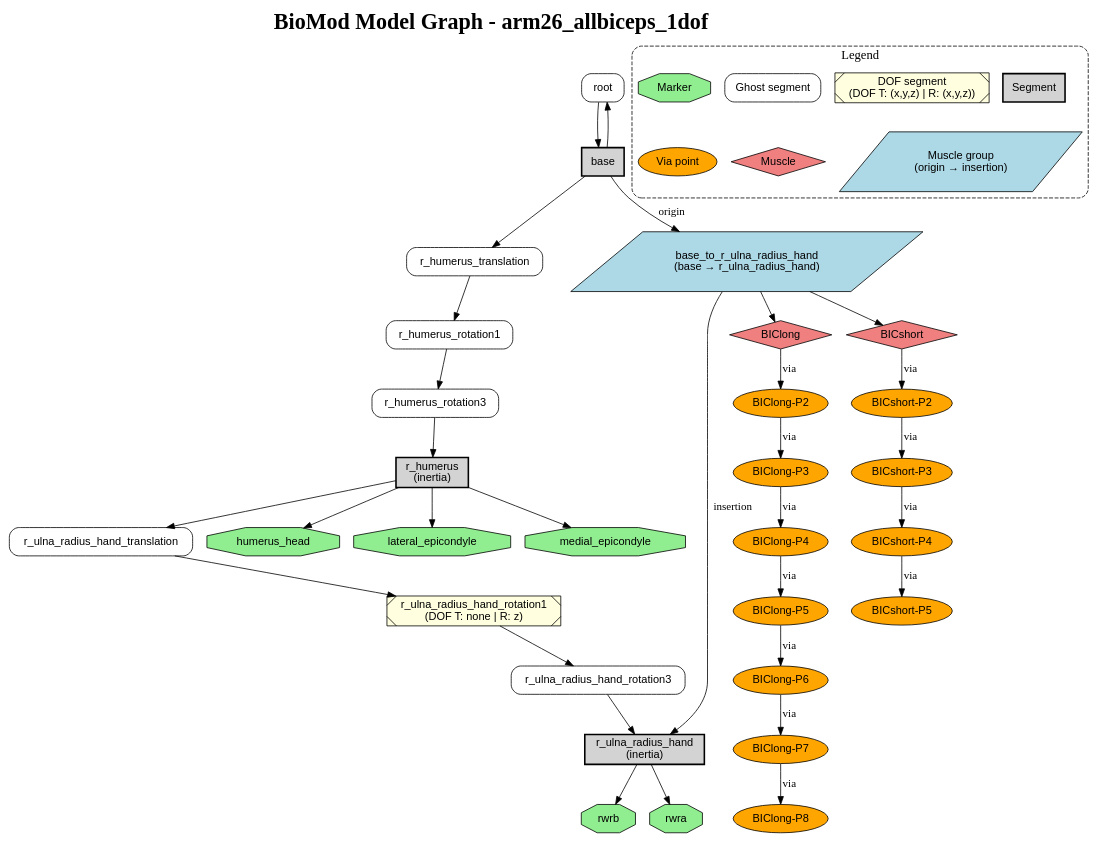
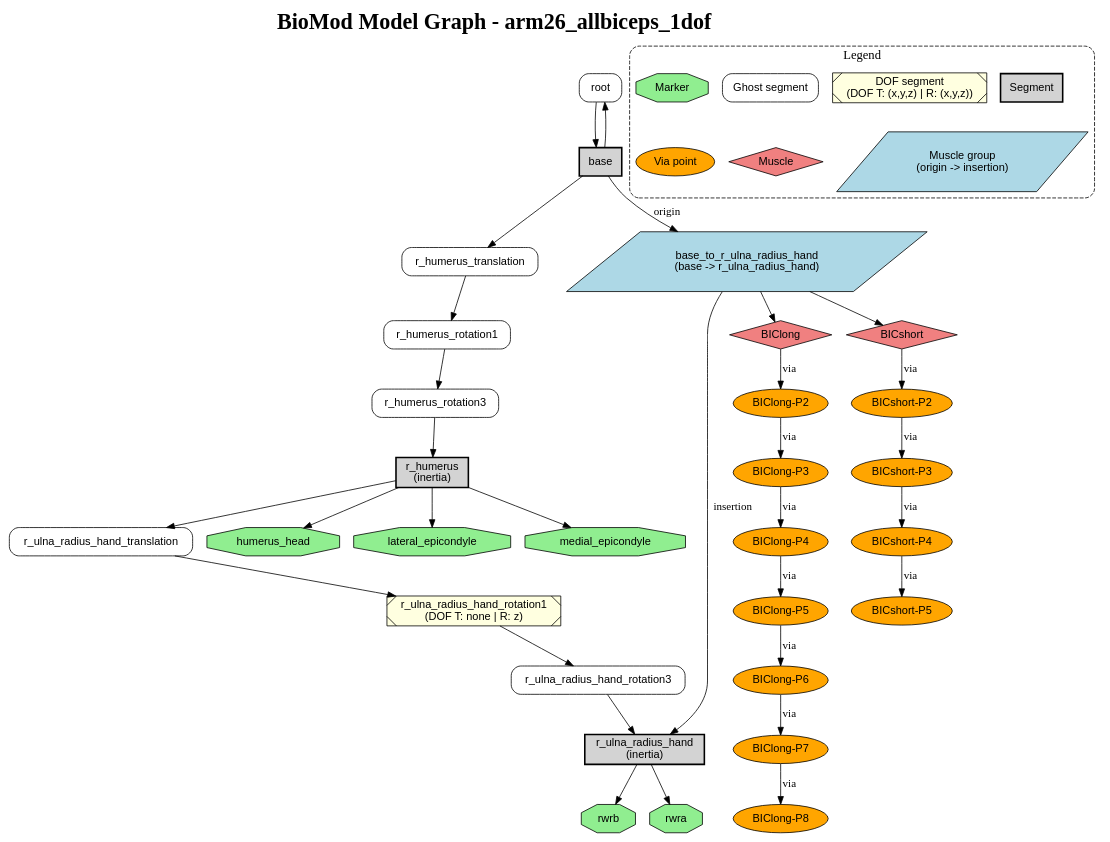
Before and after one commit to pyomeca/biobuddy: the diagram in examples/data/arm26_allbiceps_1dof_reference.dot, drawn with Graphviz.

Commit message:
update reference

```diff
--- a/examples/data/arm26_allbiceps_1dof_reference.dot
+++ b/examples/data/arm26_allbiceps_1dof_reference.dot
@@ -1,97 +1,97 @@
 digraph biomech {
   rankdir=TB;
   node [fontname="Helvetica"];
 
   labelloc="t";
   label=<<B><FONT POINT-SIZE="28">BioMod Model Graph - arm26_allbiceps_1dof</FONT></B>>;
 
   // Segments
   "root" [shape=box, style=rounded];
   "base" [shape=box, style="filled,bold", fillcolor=lightgray, label="base"];
   "r_humerus_translation" [shape=box, style=rounded];
   "r_humerus_rotation1" [shape=box, style=rounded];
   "r_humerus_rotation3" [shape=box, style=rounded];
   "r_humerus" [shape=box, style="filled,bold", fillcolor=lightgray, label="r_humerus\n(inertia)"];
   "r_ulna_radius_hand_translation" [shape=box, style=rounded];
   "r_ulna_radius_hand_rotation1" [shape=box, style="filled,diagonals", fillcolor=lightyellow, label="r_ulna_radius_hand_rotation1\n(DOF T: none | R: z)"];
   "r_ulna_radius_hand_rotation3" [shape=box, style=rounded];
   "r_ulna_radius_hand" [shape=box, style="filled,bold", fillcolor=lightgray, label="r_ulna_radius_hand\n(inertia)"];
 
   // Segment hierarchy
   "root" -> "base";
   "base" -> "root";
   "base" -> "r_humerus_translation";
   "r_humerus_translation" -> "r_humerus_rotation1";
   "r_humerus_rotation1" -> "r_humerus_rotation3";
   "r_humerus_rotation3" -> "r_humerus";
   "r_humerus" -> "r_ulna_radius_hand_translation";
   "r_ulna_radius_hand_translation" -> "r_ulna_radius_hand_rotation1";
   "r_ulna_radius_hand_rotation1" -> "r_ulna_radius_hand_rotation3";
   "r_ulna_radius_hand_rotation3" -> "r_ulna_radius_hand";
 
   // Markers
   "humerus_head" [shape=octagon, style=filled, fillcolor=lightgreen];
   "lateral_epicondyle" [shape=octagon, style=filled, fillcolor=lightgreen];
   "medial_epicondyle" [shape=octagon, style=filled, fillcolor=lightgreen];
   "rwrb" [shape=octagon, style=filled, fillcolor=lightgreen];
   "rwra" [shape=octagon, style=filled, fillcolor=lightgreen];
   "r_humerus" -> "humerus_head";
   "r_humerus" -> "lateral_epicondyle";
   "r_humerus" -> "medial_epicondyle";
   "r_ulna_radius_hand" -> "rwrb";
   "r_ulna_radius_hand" -> "rwra";
 
   // Muscle groups
-  "base_to_r_ulna_radius_hand" [shape=parallelogram, style=filled, fillcolor=lightblue, label="base_to_r_ulna_radius_hand\n(base → r_ulna_radius_hand)"];
+  "base_to_r_ulna_radius_hand" [shape=parallelogram, style=filled, fillcolor=lightblue, label="base_to_r_ulna_radius_hand\n(base -> r_ulna_radius_hand)"];
   "base" -> "base_to_r_ulna_radius_hand" [label="origin"];
   "base_to_r_ulna_radius_hand" -> "r_ulna_radius_hand" [label="insertion"];
 
   // Muscles
   "BIClong" [shape=diamond, style=filled, fillcolor=lightcoral];
   "base_to_r_ulna_radius_hand" -> "BIClong";
   "BICshort" [shape=diamond, style=filled, fillcolor=lightcoral];
   "base_to_r_ulna_radius_hand" -> "BICshort";
 
   // Via points
   "BIClong-P2" [shape=ellipse, style=filled, fillcolor=orange];
   "BIClong-P3" [shape=ellipse, style=filled, fillcolor=orange];
   "BIClong-P4" [shape=ellipse, style=filled, fillcolor=orange];
   "BIClong-P5" [shape=ellipse, style=filled, fillcolor=orange];
   "BIClong-P6" [shape=ellipse, style=filled, fillcolor=orange];
   "BIClong-P7" [shape=ellipse, style=filled, fillcolor=orange];
   "BIClong-P8" [shape=ellipse, style=filled, fillcolor=orange];
   "BICshort-P2" [shape=ellipse, style=filled, fillcolor=orange];
   "BICshort-P3" [shape=ellipse, style=filled, fillcolor=orange];
   "BICshort-P4" [shape=ellipse, style=filled, fillcolor=orange];
   "BICshort-P5" [shape=ellipse, style=filled, fillcolor=orange];
 
   // Muscle paths
   "BIClong" -> "BIClong-P2" [label="via"];
   "BIClong-P2" -> "BIClong-P3" [label="via"];
   "BIClong-P3" -> "BIClong-P4" [label="via"];
   "BIClong-P4" -> "BIClong-P5" [label="via"];
   "BIClong-P5" -> "BIClong-P6" [label="via"];
   "BIClong-P6" -> "BIClong-P7" [label="via"];
   "BIClong-P7" -> "BIClong-P8" [label="via"];
   "BICshort" -> "BICshort-P2" [label="via"];
   "BICshort-P2" -> "BICshort-P3" [label="via"];
   "BICshort-P3" -> "BICshort-P4" [label="via"];
   "BICshort-P4" -> "BICshort-P5" [label="via"];
 
   // Legend
   subgraph cluster_legend {
     label="Legend";
     fontsize=16;
     style="rounded,dashed";
     key_segment [label="Segment", shape=box, style="filled,bold", fillcolor=lightgray]
     key_segment_dof   [label="DOF segment \n(DOF T: (x,y,z) | R: (x,y,z))", shape=box, style="filled,diagonals", fillcolor=lightyellow];
     key_segment_ghost [label="Ghost segment", shape=box, style=rounded]
     key_marker    [label="Marker", shape=octagon, style=filled, fillcolor=lightgreen];
-    key_muscle_groups   [label="Muscle group\n(origin → insertion)", shape=parallelogram, style=filled, fillcolor=lightblue];
+    key_muscle_groups   [label="Muscle group\n(origin -> insertion)", shape=parallelogram, style=filled, fillcolor=lightblue];
     key_muscles   [label="Muscle", shape=diamond, style=filled, fillcolor=lightcoral];
     key_via_point   [label="Via point", shape=ellipse, style=filled, fillcolor=orange]; 
     { rank=same; key_segment key_segment_dof key_segment_ghost key_marker }
     { rank=same; key_muscle_groups key_muscles key_via_point }
     key_segment -> key_muscle_groups [style=invis];
   }
 }
```
